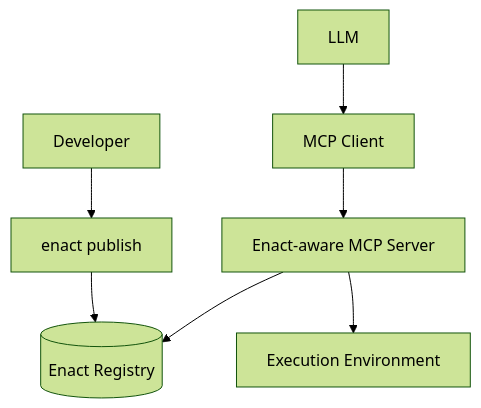
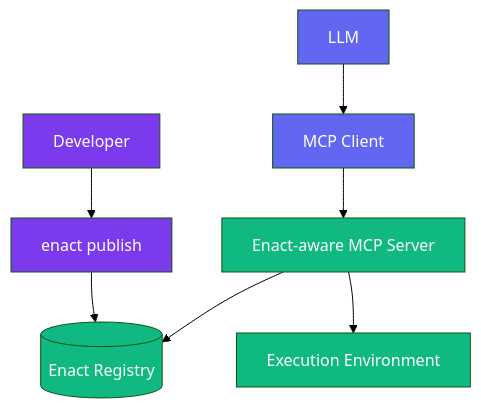
One commit to EnactProtocol/encat-spec-and-tools changed the diagram in README.md. Above: the diagram before and after it, drawn with Mermaid (forest theme). The commit also changed other lines of this file, not shown here.

````diff
--- a/README.md
+++ b/README.md
@@ -250,10 +280,18 @@
 ```mermaid
 flowchart TB
     Dev[Developer] --> CLI["enact publish"]
     CLI --> Registry[(Enact Registry)]
     
     LLM --> MCPClient["MCP Client"]
     MCPClient --> MCPServer["Enact-aware MCP Server"]
     MCPServer --> Registry
     MCPServer --> ExecEnv["Execution Environment"]
+    
+    classDef ai fill:#6366F1,color:white
+    classDef enact fill:#10B981,color:white
+    classDef dev fill:#7C3AED,color:white
+
+    class LLM,MCPClient ai
+    class Registry,ExecEnv,MCPServer enact
+    class Dev,CLI dev
 ```
````
